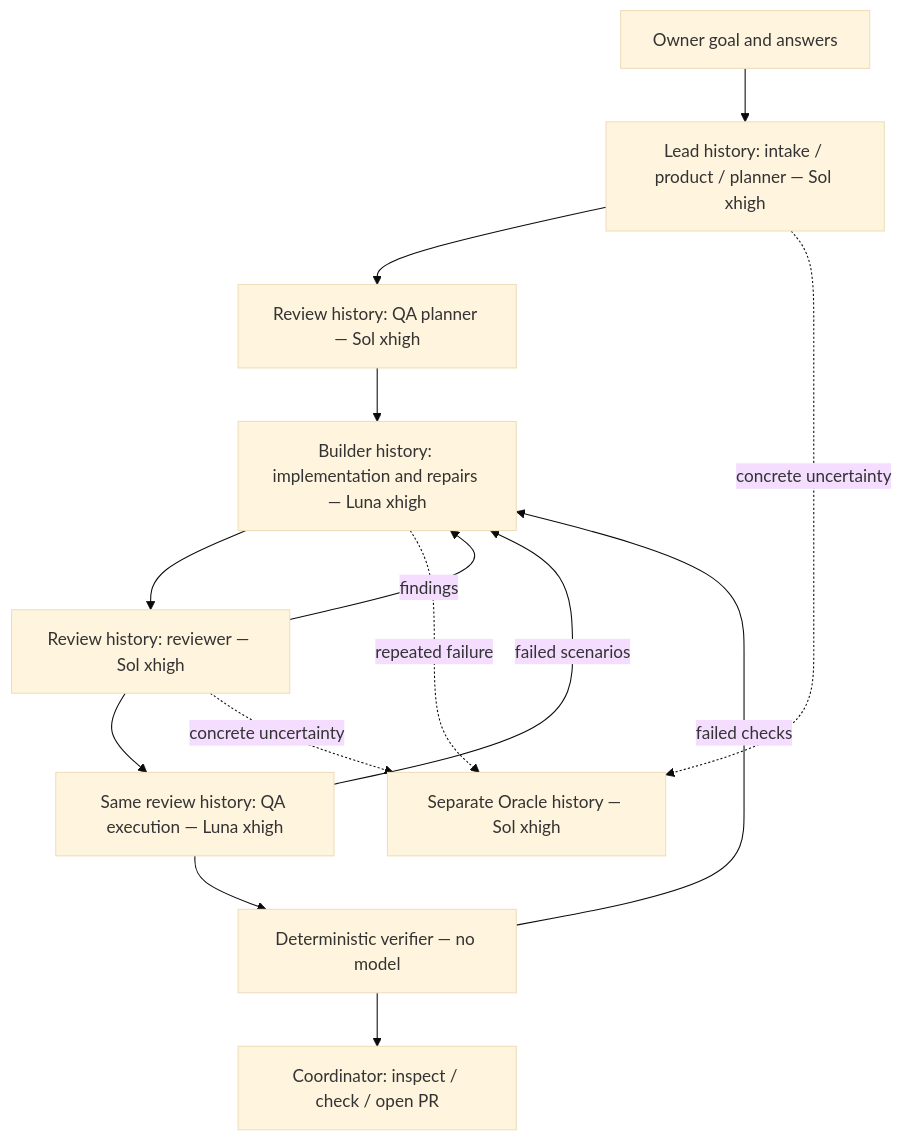
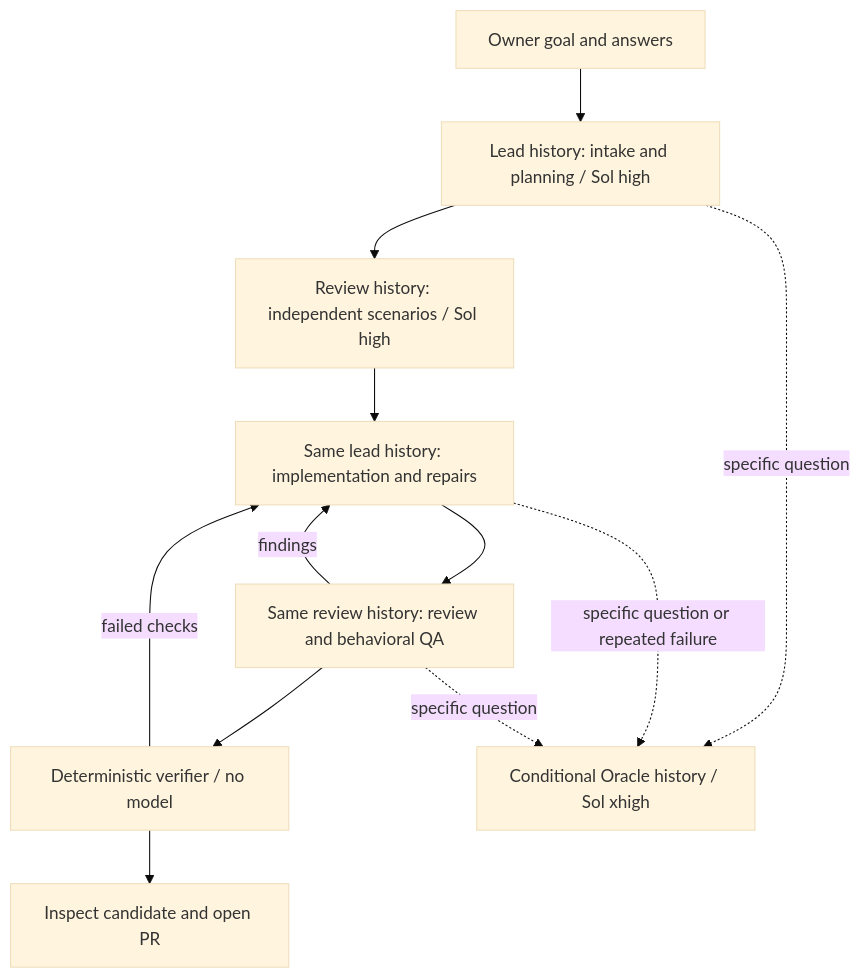
Before and after one commit to IvoryHeart/herdr-world: the diagram in docs/agent-development.md, drawn with Mermaid (base theme). The commit also changed other lines of this file and 41 other files, not shown here.

````diff
--- a/docs/agent-development.md
+++ b/docs/agent-development.md
@@ -110,16 +110,14 @@
 ```mermaid
 flowchart TD
-  Goal[Owner goal and answers] --> Lead[Lead history: intake / product / planner — Sol xhigh]
-  Lead --> ReviewPlan[Review history: QA planner — Sol xhigh]
-  ReviewPlan --> Builder[Builder history: implementation and repairs — Luna xhigh]
-  Builder --> Review[Review history: reviewer — Sol xhigh]
-  Review -->|findings| Builder
-  Review --> QA[Same review history: QA execution — Luna xhigh]
-  QA -->|failed scenarios| Builder
-  QA --> Verify[Deterministic verifier — no model]
-  Verify -->|failed checks| Builder
-  Verify --> Delivery[Coordinator: inspect / check / open PR]
-  Lead -. concrete uncertainty .-> Oracle[Separate Oracle history — Sol xhigh]
-  Builder -. repeated failure .-> Oracle
-  Review -. concrete uncertainty .-> Oracle
+  Goal[Owner goal and answers] --> Lead[Lead history: intake and planning / Sol high]
+  Lead --> Scenarios[Review history: independent scenarios / Sol high]
+  Scenarios --> Build[Same lead history: implementation and repairs]
+  Build --> Review[Same review history: review and behavioral QA]
+  Review -->|findings| Build
+  Review --> Verify[Deterministic verifier / no model]
+  Verify -->|failed checks| Build
+  Verify --> Delivery[Inspect candidate and open PR]
+  Lead -. specific question .-> Oracle[Conditional Oracle history / Sol xhigh]
+  Build -. specific question or repeated failure .-> Oracle
+  Review -. specific question .-> Oracle
 ```
````
